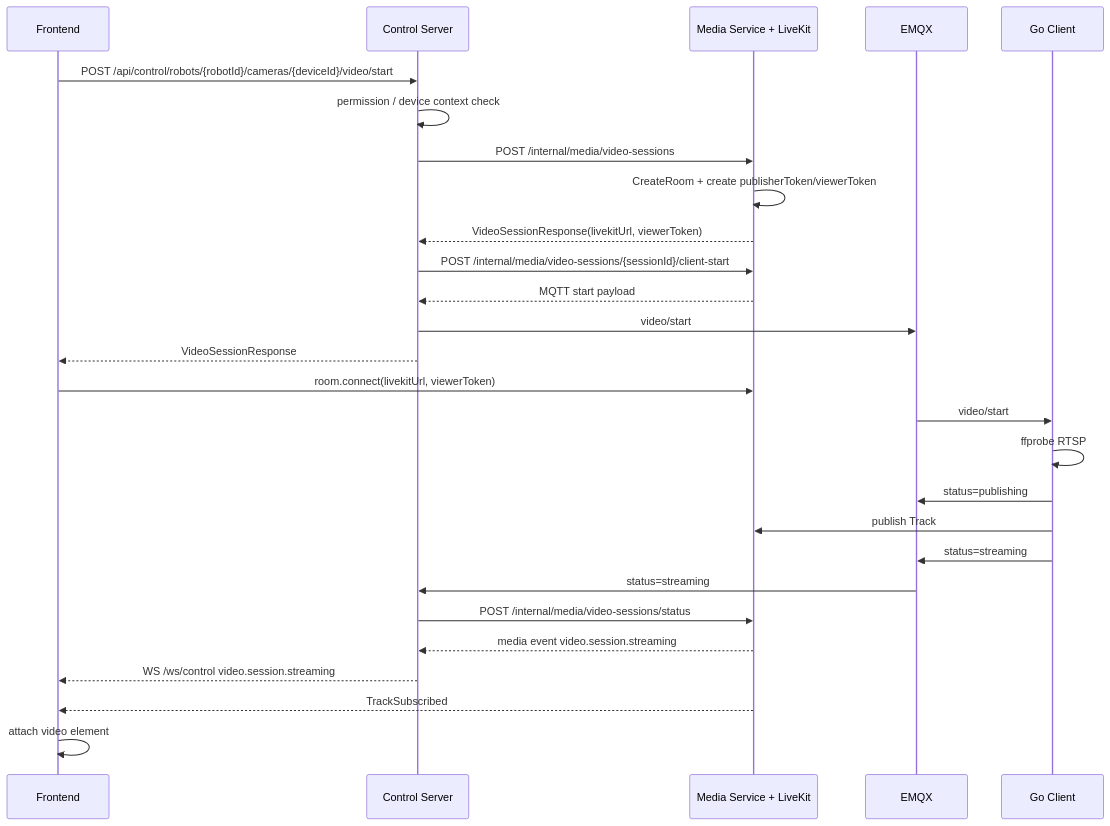
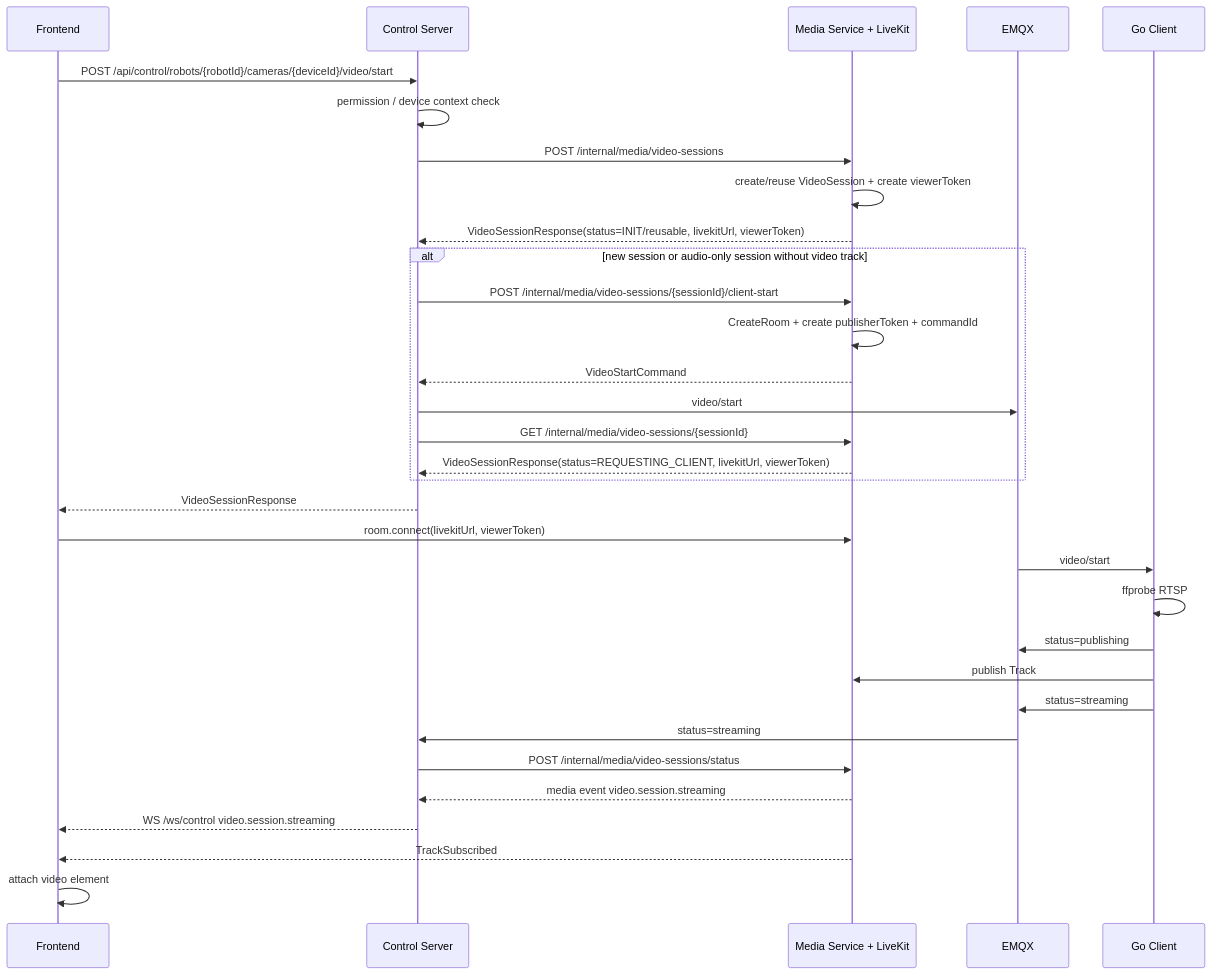
The diagram in docs/实时视频接口流程.md (waleelay/robot), drawn with Mermaid before and after one commit. The commit also changed other lines of this file and 53 other files, not shown here.

````diff
--- a/docs/实时视频接口流程.md
+++ b/docs/实时视频接口流程.md
@@ -1211,32 +1217,37 @@
 ```mermaid
 sequenceDiagram
     participant FE as Frontend
     participant CS as Control Server
     participant ML as Media Service + LiveKit
     participant MQ as EMQX
     participant GO as Go Client
 
     FE->>CS: POST /api/control/robots/{robotId}/cameras/{deviceId}/video/start
     CS->>CS: permission / device context check
     CS->>ML: POST /internal/media/video-sessions
-    ML->>ML: CreateRoom + create publisherToken/viewerToken
-    ML-->>CS: VideoSessionResponse(livekitUrl, viewerToken)
-    CS->>ML: POST /internal/media/video-sessions/{sessionId}/client-start
-    ML-->>CS: MQTT start payload
-    CS->>MQ: video/start
+    ML->>ML: create/reuse VideoSession + create viewerToken
+    ML-->>CS: VideoSessionResponse(status=INIT/reusable, livekitUrl, viewerToken)
+    alt new session or audio-only session without video track
+        CS->>ML: POST /internal/media/video-sessions/{sessionId}/client-start
+        ML->>ML: CreateRoom + create publisherToken + commandId
+        ML-->>CS: VideoStartCommand
+        CS->>MQ: video/start
+        CS->>ML: GET /internal/media/video-sessions/{sessionId}
+        ML-->>CS: VideoSessionResponse(status=REQUESTING_CLIENT, livekitUrl, viewerToken)
+    end
     CS-->>FE: VideoSessionResponse
 
     FE->>ML: room.connect(livekitUrl, viewerToken)
 
     MQ->>GO: video/start
     GO->>GO: ffprobe RTSP
     GO->>MQ: status=publishing
     GO->>ML: publish Track
     GO->>MQ: status=streaming
     MQ->>CS: status=streaming
     CS->>ML: POST /internal/media/video-sessions/status
     ML-->>CS: media event video.session.streaming
     CS-->>FE: WS /ws/control video.session.streaming
     ML-->>FE: TrackSubscribed
     FE->>FE: attach video element
 ```
````
